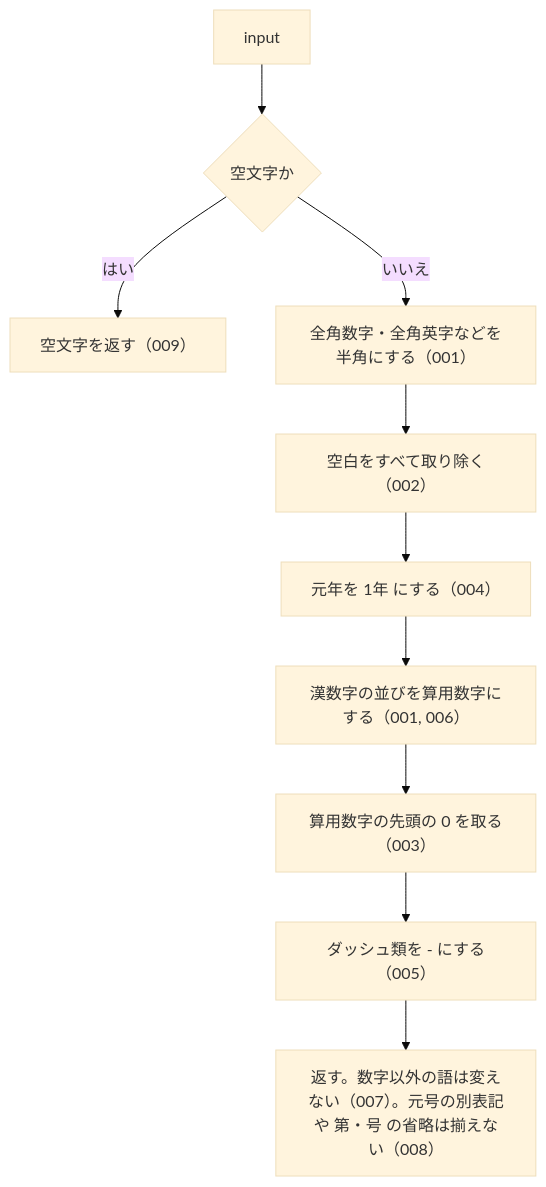
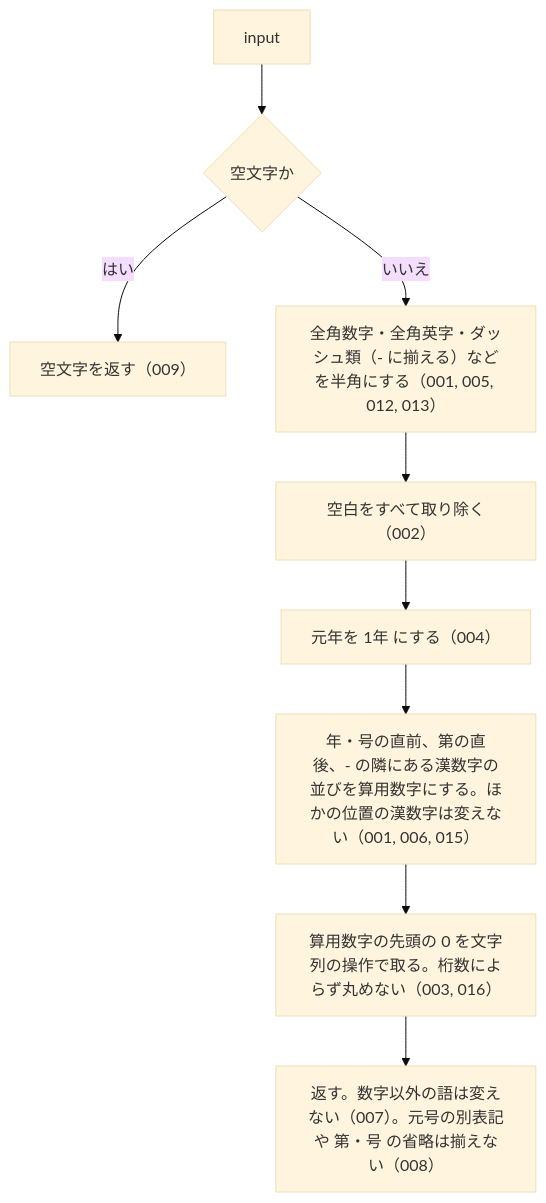
One commit to shuji-bonji/houki-abbreviations changed the diagram in specs/current/normalize_law_num/spec.md. Above: the diagram before and after it, drawn with Mermaid (base theme). The commit also changed other lines of this file and 51 other files, not shown here.

````diff
--- a/specs/current/normalize_law_num/spec.md
+++ b/specs/current/normalize_law_num/spec.md
@@ -41,12 +40,11 @@
 ```mermaid
 flowchart TD
   A["input"] --> B{"空文字か"}
   B -- はい --> R0["空文字を返す（009）"]
-  B -- いいえ --> C["全角数字・全角英字などを半角にする（001）"]
+  B -- いいえ --> C["全角数字・全角英字・ダッシュ類（- に揃える）などを半角にする（001, 005, 012, 013）"]
   C --> D["空白をすべて取り除く（002）"]
   D --> E["元年を 1年 にする（004）"]
-  E --> F["漢数字の並びを算用数字にする（001, 006）"]
-  F --> G["算用数字の先頭の 0 を取る（003）"]
-  G --> H["ダッシュ類を - にする（005）"]
-  H --> R["返す。数字以外の語は変えない（007）。元号の別表記や 第・号 の省略は揃えない（008）"]
+  E --> F["年・号の直前、第の直後、- の隣にある漢数字の並びを算用数字にする。ほかの位置の漢数字は変えない（001, 006, 015）"]
+  F --> G["算用数字の先頭の 0 を文字列の操作で取る。桁数によらず丸めない（003, 016）"]
+  G --> R["返す。数字以外の語は変えない（007）。元号の別表記や 第・号 の省略は揃えない（008）"]
 ```
````
